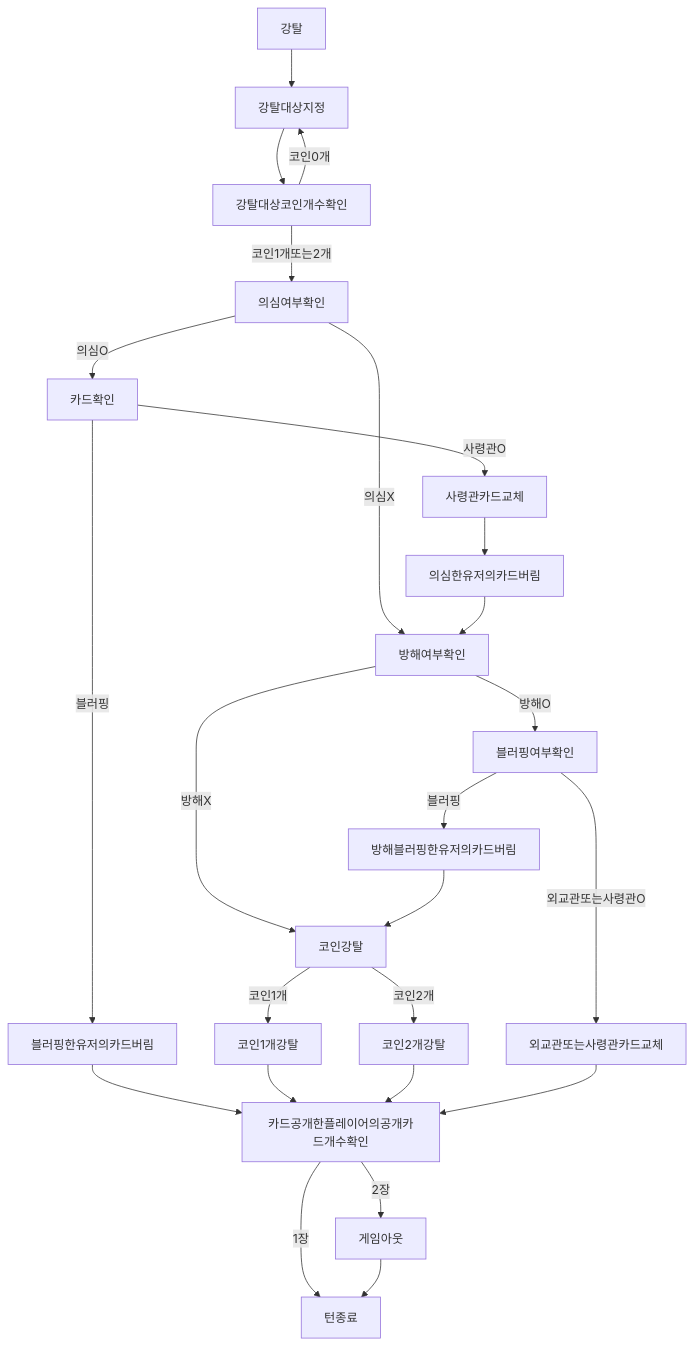
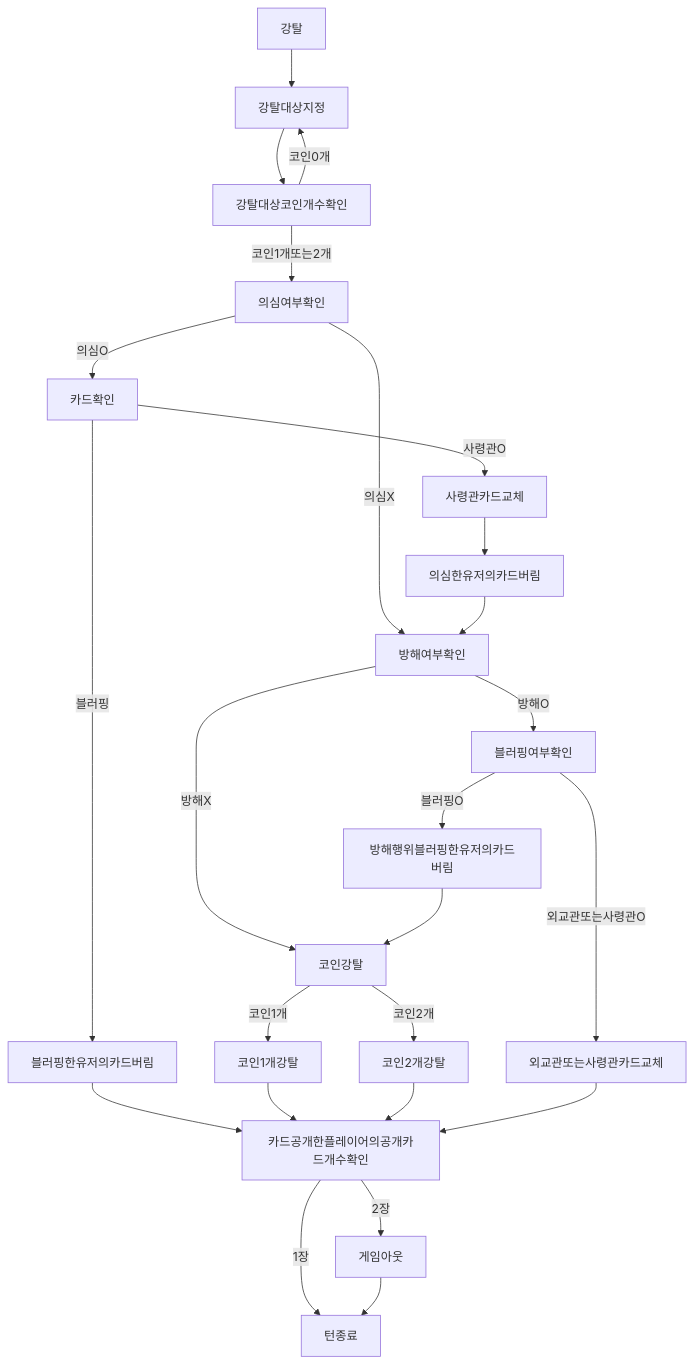
Before and after one commit to PizzBac/ReactGameFront: the eighth of 9 diagrams in my-app/src/mermaid.md, drawn with Mermaid. The commit also changed 5 other files, not shown here.

````diff
--- a/my-app/src/mermaid.md
+++ b/my-app/src/mermaid.md
@@ -86,18 +86,18 @@
 ```mermaid
 graph TD
 강탈 --> 강탈대상지정 --> 강탈대상코인개수확인
 강탈대상코인개수확인 --> |코인0개| 강탈대상지정
 강탈대상코인개수확인 --> |코인1개또는2개| 의심여부확인
 의심여부확인 --> |의심X| 방해여부확인
 의심여부확인 --> |의심O| 카드확인
 카드확인 --> |블러핑| 블러핑한유저의카드버림 --> 카드공개한플레이어의공개카드개수확인
 카드확인 --> |사령관O| 사령관카드교체 --> 의심한유저의카드버림 --> 방해여부확인
 방해여부확인 --> |방해X| 코인강탈
 코인강탈 --> |코인1개| 코인1개강탈 --> 카드공개한플레이어의공개카드개수확인
 코인강탈 --> |코인2개| 코인2개강탈 --> 카드공개한플레이어의공개카드개수확인
 방해여부확인 --> |방해O| 블러핑여부확인
-블러핑여부확인 --> |블러핑| 방해블러핑한유저의카드버림 --> 코인강탈
+블러핑여부확인 --> |블러핑O| 방해행위블러핑한유저의카드버림 --> 코인강탈
 블러핑여부확인 --> |외교관또는사령관O| 외교관또는사령관카드교체 --> 카드공개한플레이어의공개카드개수확인
 카드공개한플레이어의공개카드개수확인 --> |1장| 턴종료
 카드공개한플레이어의공개카드개수확인 --> |2장| 게임아웃 --> 턴종료
 ```
````
